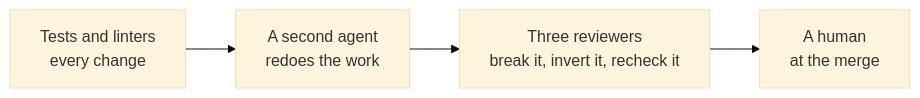
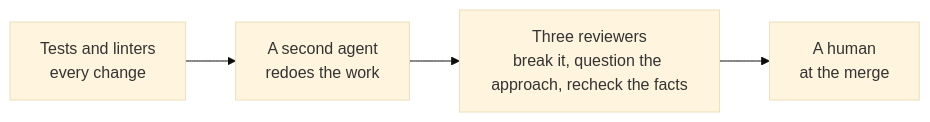
One commit to Laticent/lattice changed the third of 3 diagrams in engineering/decisions/2026-09-24-agentic-practice-audit/working-with-coding-agents.md. Above: the diagram before and after it, drawn with Mermaid (base theme). The commit also changed other lines of this file and 1 other file, not shown here.

````diff
--- a/engineering/decisions/2026-09-24-agentic-practice-audit/working-with-coding-agents.md
+++ b/engineering/decisions/2026-09-24-agentic-practice-audit/working-with-coding-agents.md
@@ -344,6 +344,6 @@
 ```mermaid
 flowchart LR
   A["Tests and linters<br/>every change"] --> B["A second agent<br/>redoes the work"]
-  B --> C["Three reviewers<br/>break it, invert it, recheck it"]
+  B --> C["Three reviewers<br/>break it, question the approach, recheck the facts"]
   C --> D["A human<br/>at the merge"]
 ```
````
